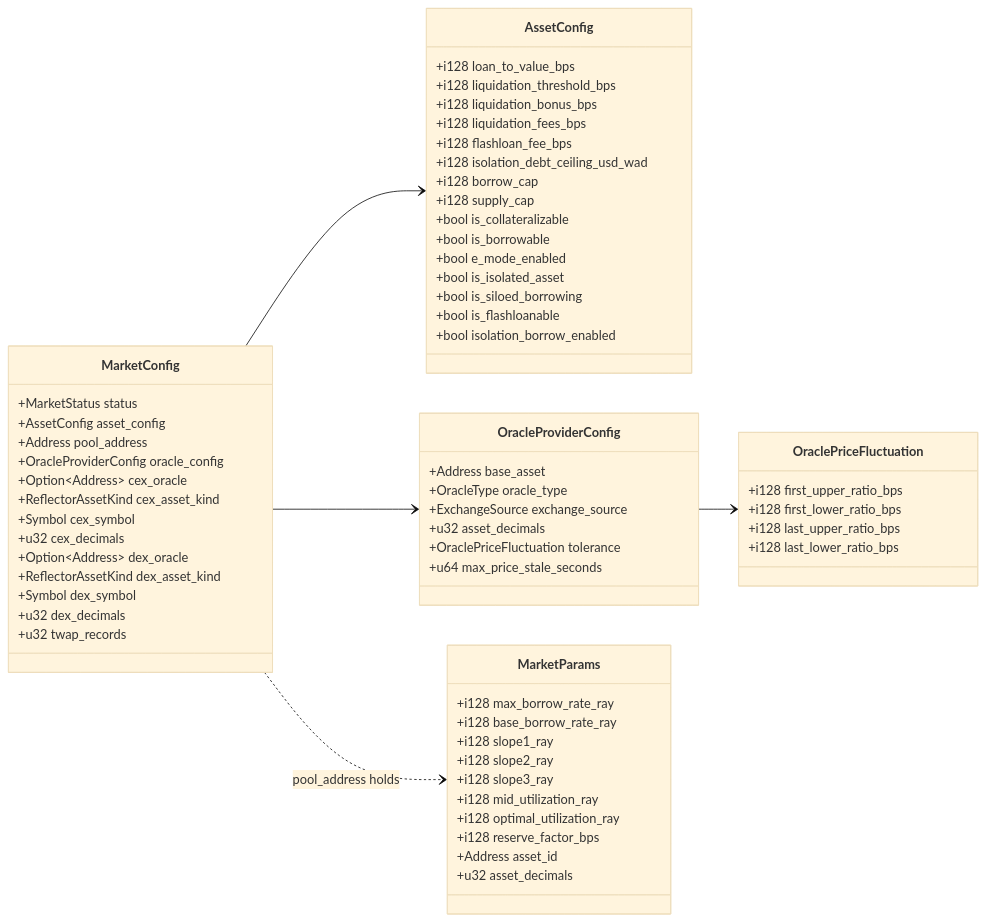
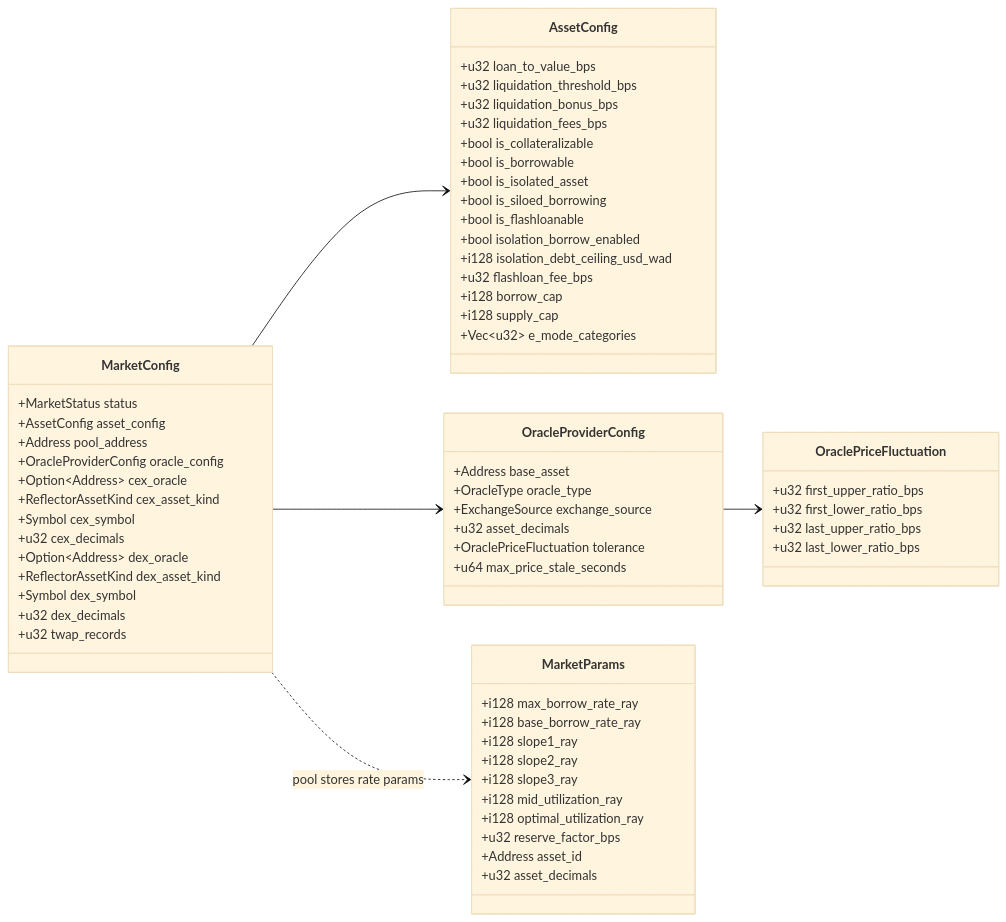
The fourth of 14 diagrams in SCF_BUILD_ARCHITECTURE.md (XOXNO/rs-lending-xlm), drawn with Mermaid (base theme) before and after one commit. The commit also changed other lines of this file and 332 other files, not shown here.

````diff
--- a/SCF_BUILD_ARCHITECTURE.md
+++ b/SCF_BUILD_ARCHITECTURE.md
@@ -214,72 +317,72 @@
 ```mermaid
 classDiagram
     direction LR
 
     class MarketConfig {
         +MarketStatus status
         +AssetConfig asset_config
         +Address pool_address
         +OracleProviderConfig oracle_config
         +Option~Address~ cex_oracle
         +ReflectorAssetKind cex_asset_kind
         +Symbol cex_symbol
         +u32 cex_decimals
         +Option~Address~ dex_oracle
         +ReflectorAssetKind dex_asset_kind
         +Symbol dex_symbol
         +u32 dex_decimals
         +u32 twap_records
     }
 
     class AssetConfig {
-        +i128 loan_to_value_bps
-        +i128 liquidation_threshold_bps
-        +i128 liquidation_bonus_bps
-        +i128 liquidation_fees_bps
-        +i128 flashloan_fee_bps
-        +i128 isolation_debt_ceiling_usd_wad
-        +i128 borrow_cap
-        +i128 supply_cap
+        +u32 loan_to_value_bps
+        +u32 liquidation_threshold_bps
+        +u32 liquidation_bonus_bps
+        +u32 liquidation_fees_bps
         +bool is_collateralizable
         +bool is_borrowable
-        +bool e_mode_enabled
         +bool is_isolated_asset
         +bool is_siloed_borrowing
         +bool is_flashloanable
         +bool isolation_borrow_enabled
+        +i128 isolation_debt_ceiling_usd_wad
+        +u32 flashloan_fee_bps
+        +i128 borrow_cap
+        +i128 supply_cap
+        +Vec~u32~ e_mode_categories
     }
 
     class OracleProviderConfig {
         +Address base_asset
         +OracleType oracle_type
         +ExchangeSource exchange_source
         +u32 asset_decimals
         +OraclePriceFluctuation tolerance
         +u64 max_price_stale_seconds
     }
 
     class OraclePriceFluctuation {
-        +i128 first_upper_ratio_bps
-        +i128 first_lower_ratio_bps
-        +i128 last_upper_ratio_bps
-        +i128 last_lower_ratio_bps
+        +u32 first_upper_ratio_bps
+        +u32 first_lower_ratio_bps
+        +u32 last_upper_ratio_bps
+        +u32 last_lower_ratio_bps
     }
 
     class MarketParams {
         +i128 max_borrow_rate_ray
         +i128 base_borrow_rate_ray
         +i128 slope1_ray
         +i128 slope2_ray
         +i128 slope3_ray
         +i128 mid_utilization_ray
         +i128 optimal_utilization_ray
-        +i128 reserve_factor_bps
+        +u32 reserve_factor_bps
         +Address asset_id
         +u32 asset_decimals
     }
 
     MarketConfig --> AssetConfig
     MarketConfig --> OracleProviderConfig
     OracleProviderConfig --> OraclePriceFluctuation
-    MarketConfig ..> MarketParams : pool_address holds
+    MarketConfig ..> MarketParams : pool stores rate params
 ```
````
